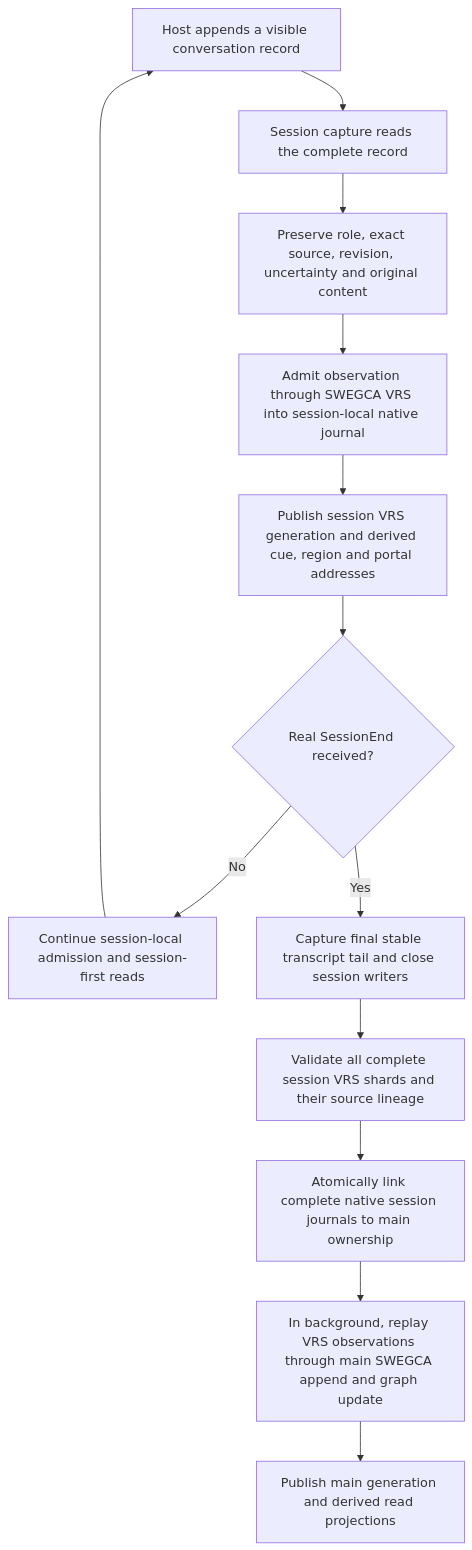
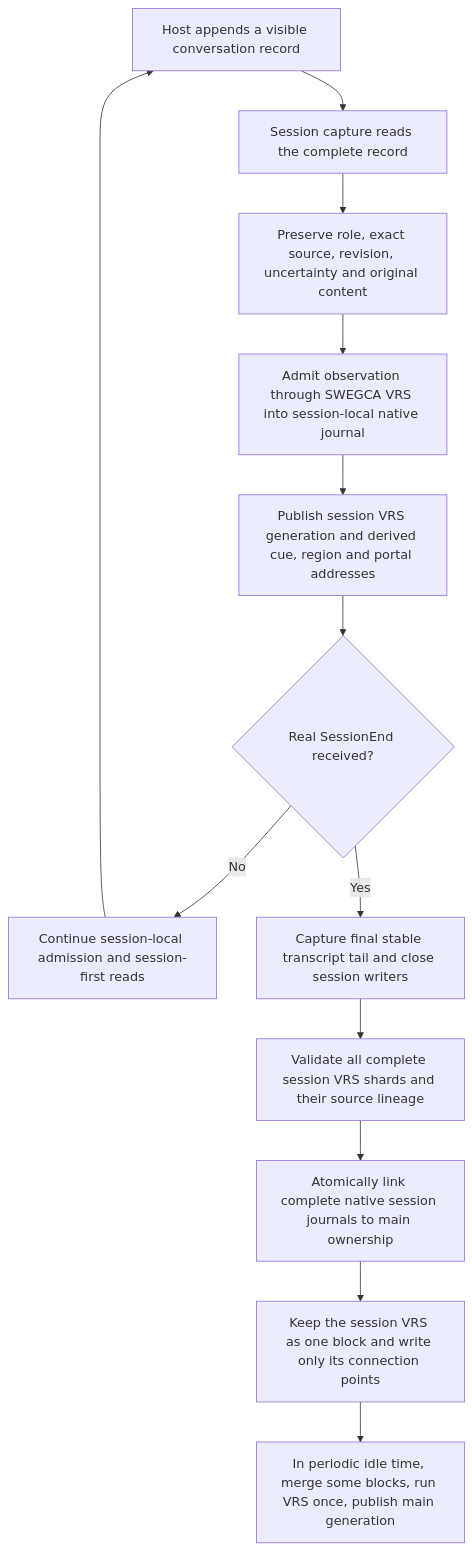
The second of 2 diagrams in docs/SWEGCA_VRS_MCP_ORDER_FOR_REVIEW.md (raspie10032/SWEGCA-VRS-MCP), drawn with Mermaid before and after one commit. The commit also changed other lines of this file, not shown here.

First line of the commit message:
docs: approved flow amended by the user - session end keeps one VRS block

````diff
--- a/docs/SWEGCA_VRS_MCP_ORDER_FOR_REVIEW.md
+++ b/docs/SWEGCA_VRS_MCP_ORDER_FOR_REVIEW.md
@@ -57,15 +57,15 @@
 ```mermaid
 flowchart TD
     A[Host appends a visible conversation record] --> B[Session capture reads the complete record]
     B --> C[Preserve role, exact source, revision, uncertainty and original content]
     C --> D[Admit observation through SWEGCA VRS into session-local native journal]
     D --> E[Publish session VRS generation and derived cue, region and portal addresses]
     E --> F{Real SessionEnd received?}
     F -- No --> G[Continue session-local admission and session-first reads]
     G --> A
     F -- Yes --> H[Capture final stable transcript tail and close session writers]
     H --> I[Validate all complete session VRS shards and their source lineage]
     I --> J[Atomically link complete native session journals to main ownership]
-    J --> K[In background, replay VRS observations through main SWEGCA append and graph update]
-    K --> L[Publish main generation and derived read projections]
+    J --> K[Keep the session VRS as one block and write only its connection points]
+    K --> L[In periodic idle time, merge some blocks, run VRS once, publish main generation]
 ```
````
